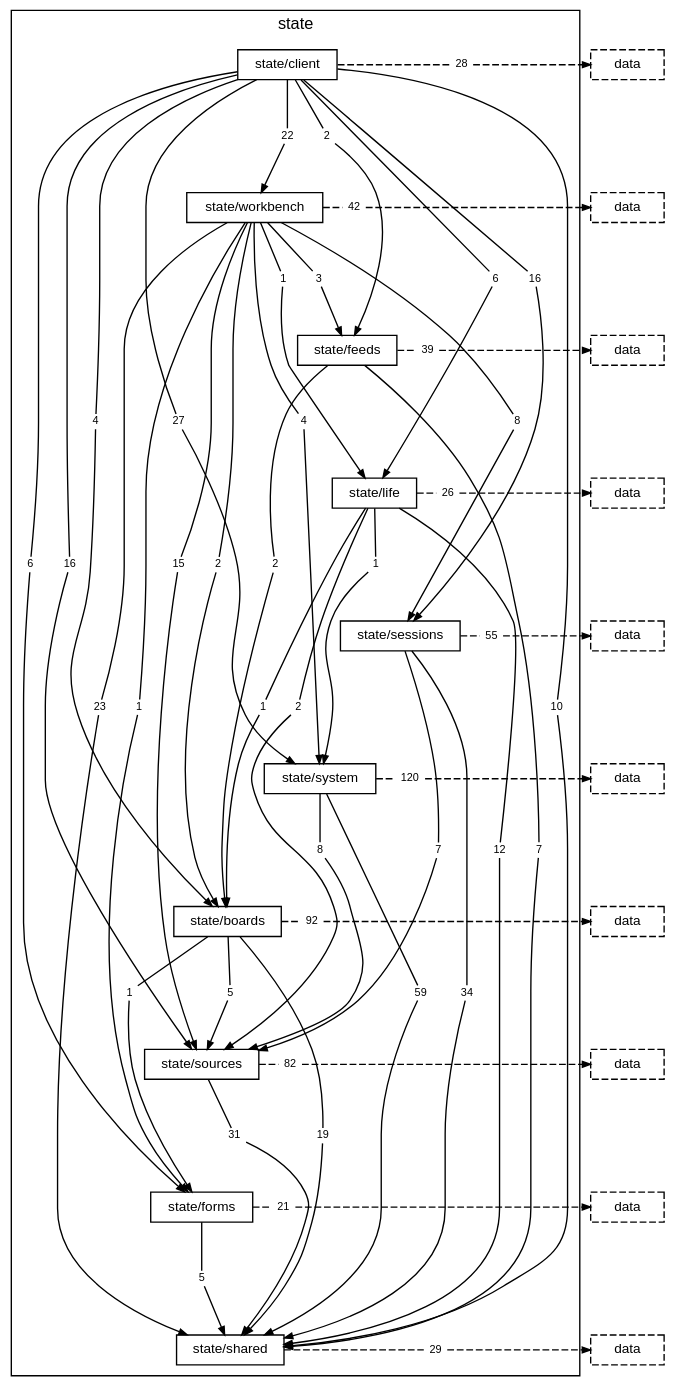
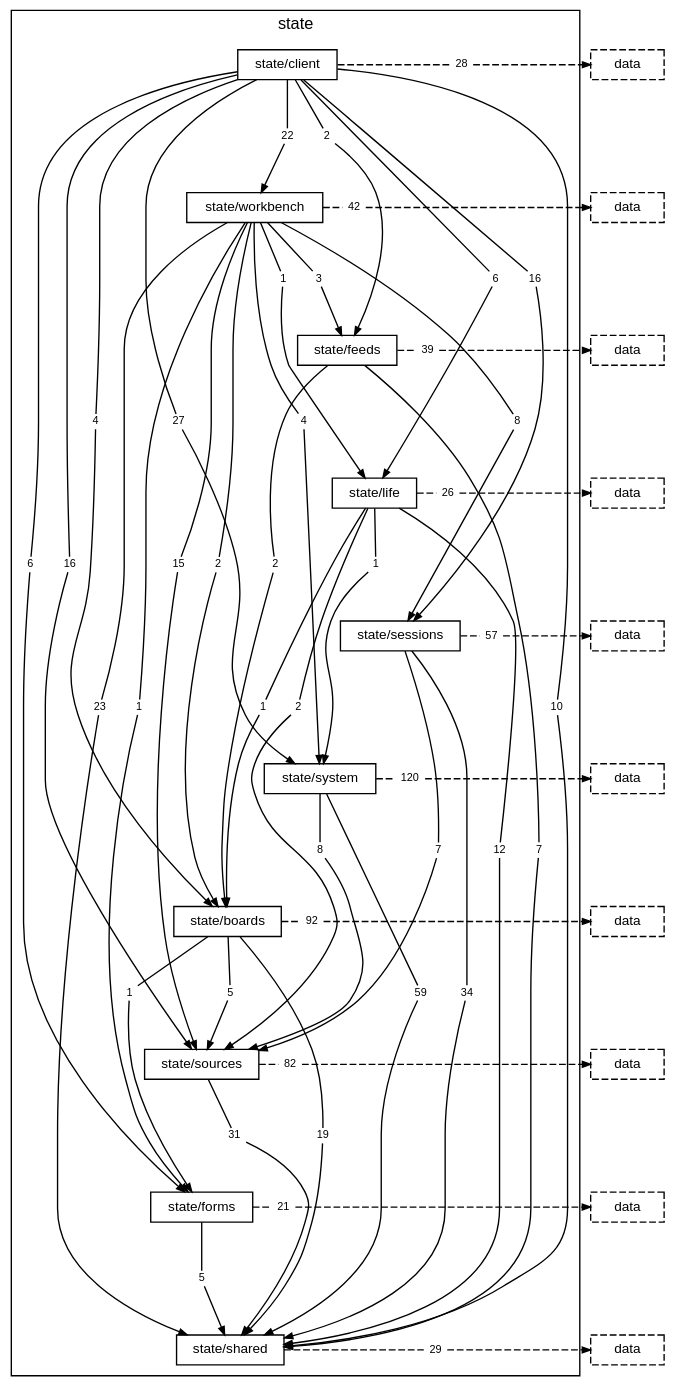
Before and after one commit to TheAxeC/oculus: the diagram in docs/diagrams/layer-state.dot, drawn with Graphviz. The commit also changed 38 other files, not shown here.

```diff
--- a/docs/diagrams/layer-state.dot
+++ b/docs/diagrams/layer-state.dot
@@ -43,7 +43,7 @@
         "folder state/life to layer data" [label="26", shape=box, color="transparent", fontsize=8, width=0, height=0, margin="0.04,0.02"];
         "folder state/sessions to folder state/shared" [label="34", shape=box, color="transparent", fontsize=8, width=0, height=0, margin="0.04,0.02"];
         "folder state/sessions to folder state/sources" [label="7", shape=box, color="transparent", fontsize=8, width=0, height=0, margin="0.04,0.02"];
-        "folder state/sessions to layer data" [label="55", shape=box, color="transparent", fontsize=8, width=0, height=0, margin="0.04,0.02"];
+        "folder state/sessions to layer data" [label="57", shape=box, color="transparent", fontsize=8, width=0, height=0, margin="0.04,0.02"];
         "folder state/system to folder state/shared" [label="59", shape=box, color="transparent", fontsize=8, width=0, height=0, margin="0.04,0.02"];
         "folder state/system to folder state/sources" [label="8", shape=box, color="transparent", fontsize=8, width=0, height=0, margin="0.04,0.02"];
         "folder state/system to layer data" [label="120", shape=box, color="transparent", fontsize=8, width=0, height=0, margin="0.04,0.02"];
```
